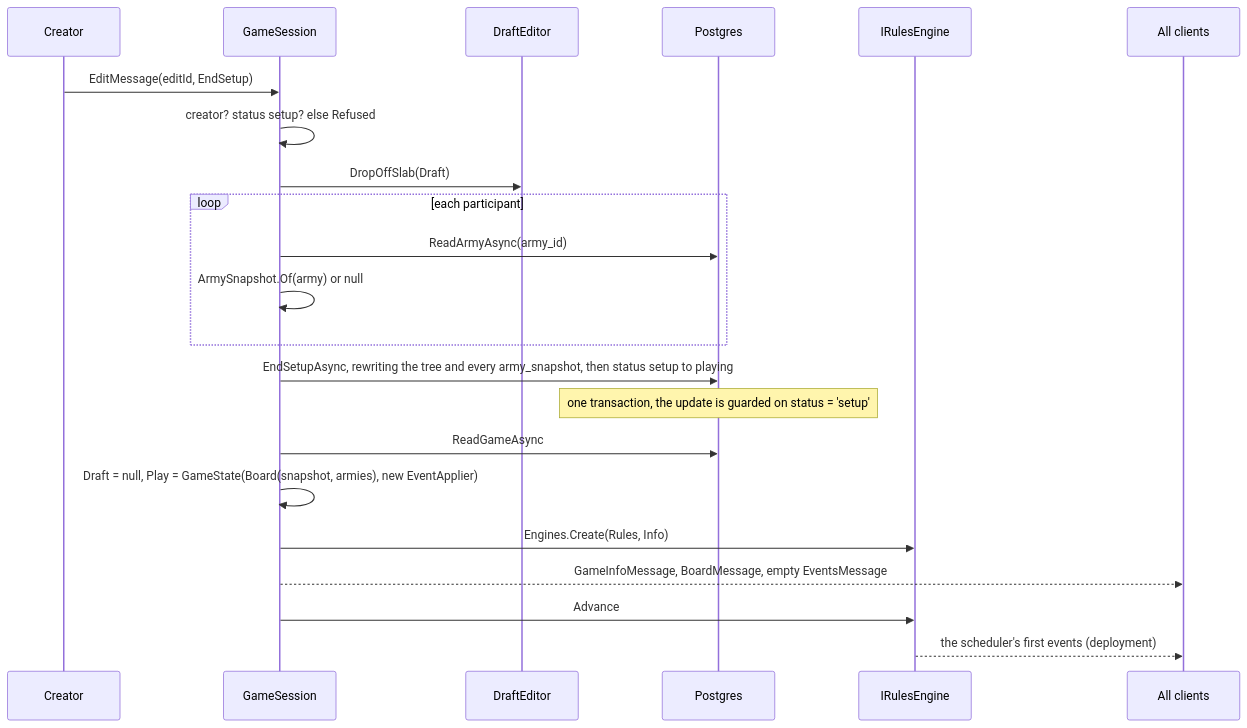
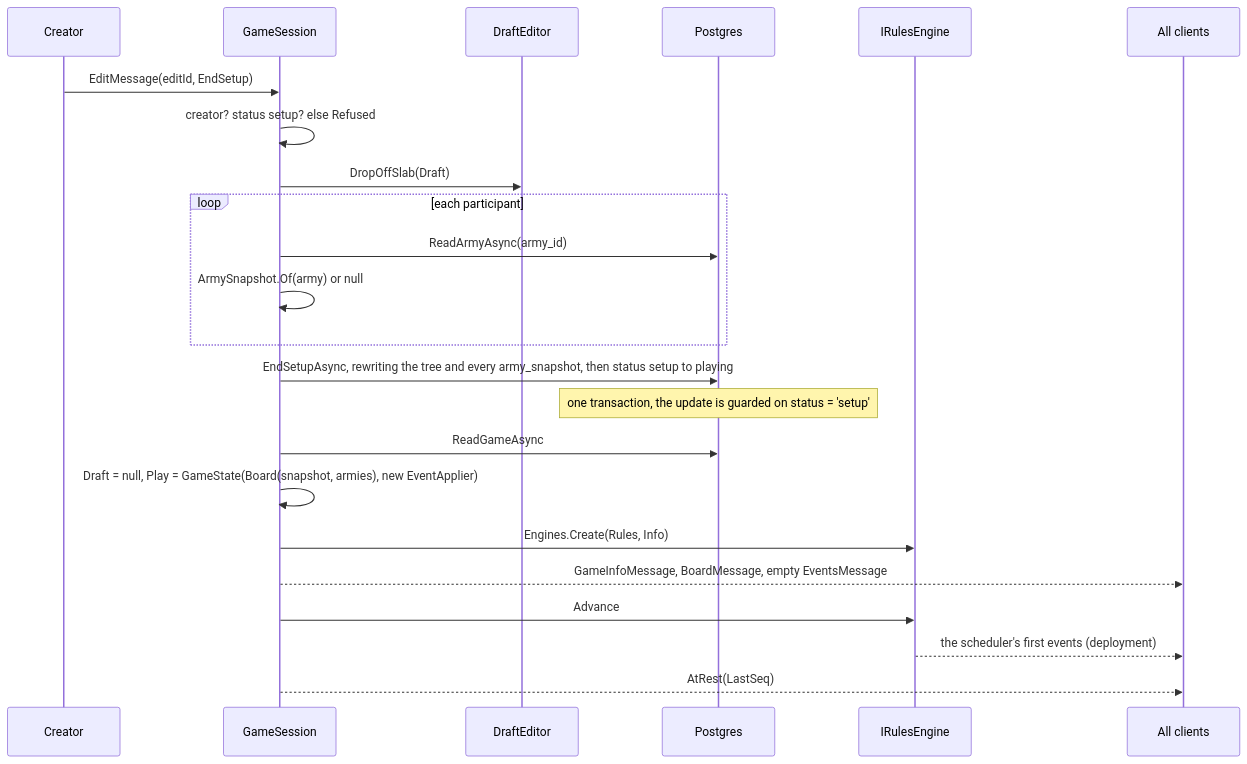
One commit to cstupi/tabletop changed the eighth of 12 diagrams in docs/design/game-server/design.md. Above: the diagram before and after it, drawn with Mermaid. The commit also changed other lines of this file and 9 other files, not shown here.

````diff
--- a/docs/design/game-server/design.md
+++ b/docs/design/game-server/design.md
@@ -823,25 +886,26 @@
 ```mermaid
 sequenceDiagram
     participant Cr as Creator
     participant S as GameSession
     participant Ed as DraftEditor
     participant DB as Postgres
     participant E as IRulesEngine
     participant B as All clients
 
     Cr->>S: EditMessage(editId, EndSetup)
     S->>S: creator? status setup? else Refused
     S->>Ed: DropOffSlab(Draft)
     loop each participant
         S->>DB: ReadArmyAsync(army_id)
         S->>S: ArmySnapshot.Of(army) or null
     end
     S->>DB: EndSetupAsync, rewriting the tree and every army_snapshot, then status setup to playing
     Note over DB: one transaction, the update is guarded on status = 'setup'
     S->>DB: ReadGameAsync
     S->>S: Draft = null, Play = GameState(Board(snapshot, armies), new EventApplier)
     S->>E: Engines.Create(Rules, Info)
     S-->>B: GameInfoMessage, BoardMessage, empty EventsMessage
     S->>E: Advance
     E-->>B: the scheduler's first events (deployment)
+    S-->>B: AtRest(LastSeq)
 ```
````
